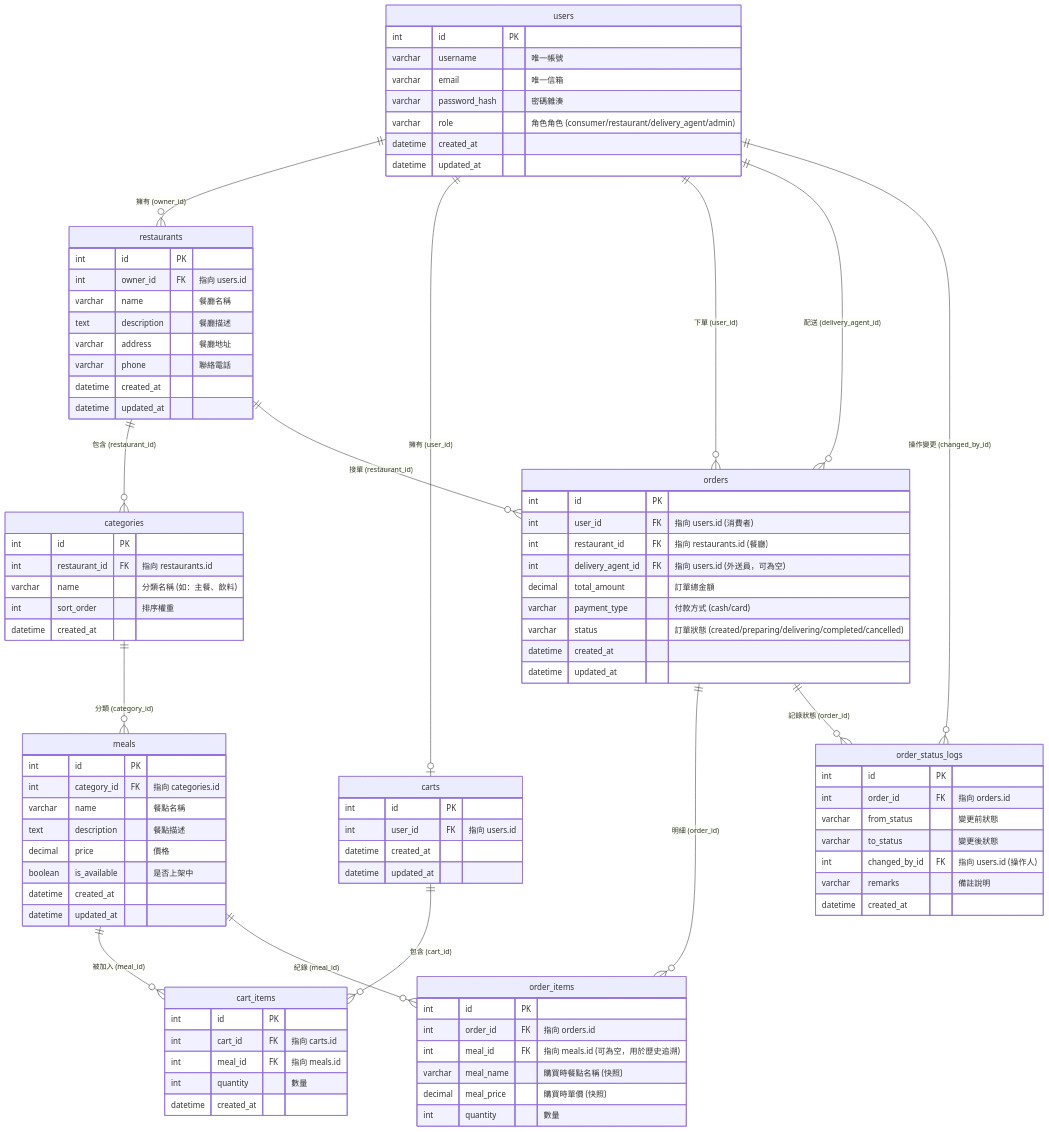
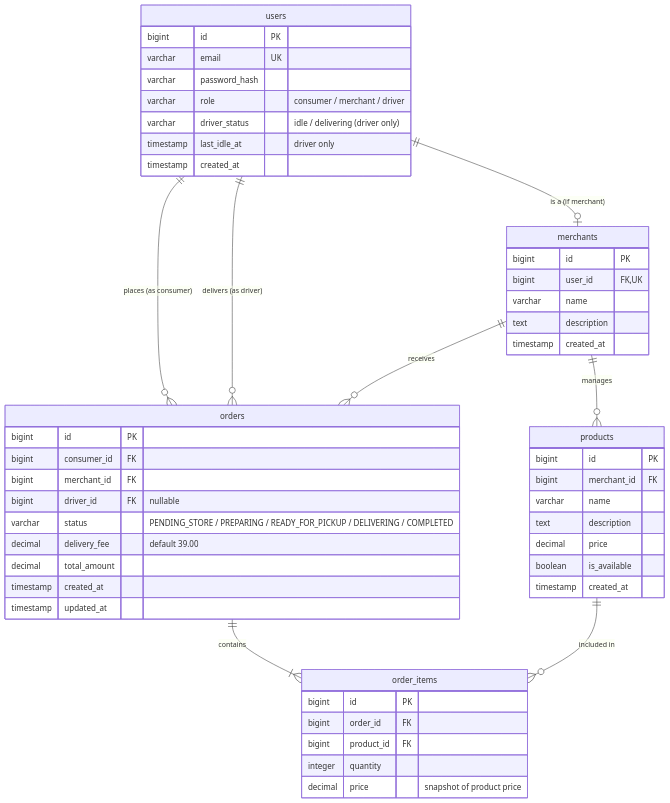
One commit to poyi0421/delivery changed the diagram in doc/data-model.md. Above: the diagram before and after it, drawn with Mermaid. The commit also changed other lines of this file and 25 other files, not shown here.

````diff
--- a/doc/data-model.md
+++ b/doc/data-model.md
@@ -6,102 +6,58 @@
 ```mermaid
 erDiagram
-    users ||--o{ restaurants : "擁有 (owner_id)"
-    restaurants ||--o{ categories : "包含 (restaurant_id)"
-    categories ||--o{ meals : "分類 (category_id)"
-    users ||--o| carts : "擁有 (user_id)"
-    carts ||--o{ cart_items : "包含 (cart_id)"
-    meals ||--o{ cart_items : "被加入 (meal_id)"
-    users ||--o{ orders : "下單 (user_id)"
-    restaurants ||--o{ orders : "接單 (restaurant_id)"
-    users ||--o{ orders : "配送 (delivery_agent_id)"
-    orders ||--o{ order_items : "明細 (order_id)"
-    meals ||--o{ order_items : "紀錄 (meal_id)"
-    orders ||--o{ order_status_logs : "記錄狀態 (order_id)"
-    users ||--o{ order_status_logs : "操作變更 (changed_by_id)"
+    users ||--o| merchants : "is a (if merchant)"
+    users ||--o{ orders : "places (as consumer)"
+    users ||--o{ orders : "delivers (as driver)"
+    merchants ||--o{ products : "manages"
+    merchants ||--o{ orders : "receives"
+    orders ||--|{ order_items : "contains"
+    products ||--o{ order_items : "included in"
 
     users {
-        int id PK
-        varchar username "唯一帳號"
-        varchar email "唯一信箱"
-        varchar password_hash "密碼雜湊"
-        varchar role "角色角色 (consumer/restaurant/delivery_agent/admin)"
-        datetime created_at
-        datetime updated_at
+        bigint id PK
+        varchar email UK
+        varchar password_hash
+        varchar role "consumer / merchant / driver"
+        varchar driver_status "idle / delivering (driver only)"
+        timestamp last_idle_at "driver only"
+        timestamp created_at
     }
 
-    restaurants {
-        int id PK
-        int owner_id FK "指向 users.id"
-        varchar name "餐廳名稱"
-        text description "餐廳描述"
-        varchar address "餐廳地址"
-        varchar phone "聯絡電話"
-        datetime created_at
-        datetime updated_at
+    merchants {
+        bigint id PK
+        bigint user_id FK,UK
+        varchar name
+        text description
+        timestamp created_at
     }
 
-    categories {
-        int id PK
-        int restaurant_id FK "指向 restaurants.id"
-        varchar name "分類名稱 (如：主餐、飲料)"
-        int sort_order "排序權重"
-        datetime created_at
-    }
-
-    meals {
-        int id PK
-        int category_id FK "指向 categories.id"
-        varchar name "餐點名稱"
-        text description "餐點描述"
-        decimal price "價格"
-        boolean is_available "是否上架中"
-        datetime created_at
-        datetime updated_at
-    }
-
-    carts {
-        int id PK
-        int user_id FK "指向 users.id"
-        datetime created_at
-        datetime updated_at
-    }
-
-    cart_items {
-        int id PK
-        int cart_id FK "指向 carts.id"
-        int meal_id FK "指向 meals.id"
-        int quantity "數量"
-        datetime created_at
+    products {
+        bigint id PK
+        bigint merchant_id FK
+        varchar name
+        text description
+        decimal price
+        boolean is_available
+        timestamp created_at
     }
 
     orders {
-        int id PK
-        int user_id FK "指向 users.id (消費者)"
-        int restaurant_id FK "指向 restaurants.id (餐廳)"
-        int delivery_agent_id FK "指向 users.id (外送員，可為空)"
-        decimal total_amount "訂單總金額"
-        varchar payment_type "付款方式 (cash/card)"
-        varchar status "訂單狀態 (created/preparing/delivering/completed/cancelled)"
-        datetime created_at
-        datetime updated_at
+        bigint id PK
+        bigint consumer_id FK
+        bigint merchant_id FK
+        bigint driver_id FK "nullable"
+        varchar status "PENDING_STORE / PREPARING / READY_FOR_PICKUP / DELIVERING / COMPLETED"
+        decimal delivery_fee "default 39.00"
+        decimal total_amount
+        timestamp created_at
+        timestamp updated_at
     }
 
     order_items {
-        int id PK
-        int order_id FK "指向 orders.id"
-        int meal_id FK "指向 meals.id (可為空，用於歷史追溯)"
-        varchar meal_name "購買時餐點名稱 (快照)"
-        decimal meal_price "購買時單價 (快照)"
-        int quantity "數量"
-    }
-
-    order_status_logs {
-        int id PK
-        int order_id FK "指向 orders.id"
-        varchar from_status "變更前狀態"
-        varchar to_status "變更後狀態"
-        int changed_by_id FK "指向 users.id (操作人)"
-        varchar remarks "備註說明"
-        datetime created_at
+        bigint id PK
+        bigint order_id FK
+        bigint product_id FK
+        integer quantity
+        decimal price "snapshot of product price"
     }
 ```
````
